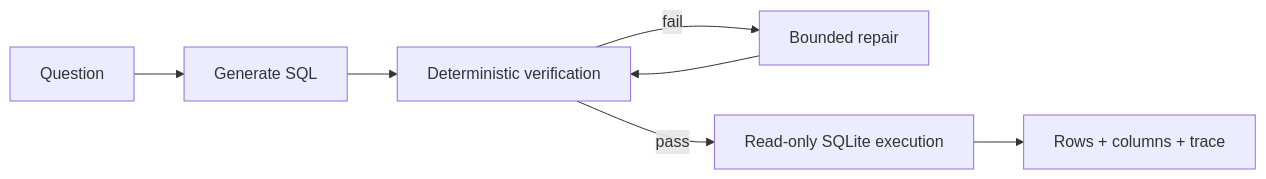
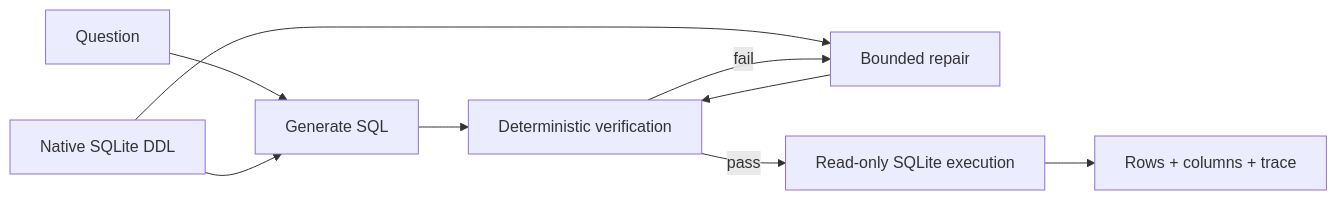
Before and after one commit to kolihhan/semantic-text2sql-agent: the diagram in README.md, drawn with Mermaid. The commit also changed other lines of this file and 5 other files, not shown here.

First line of the commit message:
Integrate native SQLite DDL schema context (#152)

````diff
--- a/README.md
+++ b/README.md
@@ -125,9 +125,11 @@
 ```mermaid
 flowchart LR
     Q[Question] --> G[Generate SQL]
+    S[Native SQLite DDL] --> G
+    S --> R
     G --> V[Deterministic verification]
     V -->|fail| R[Bounded repair]
     R --> V
     V -->|pass| E[Read-only SQLite execution]
     E --> O[Rows + columns + trace]
 ```
````
